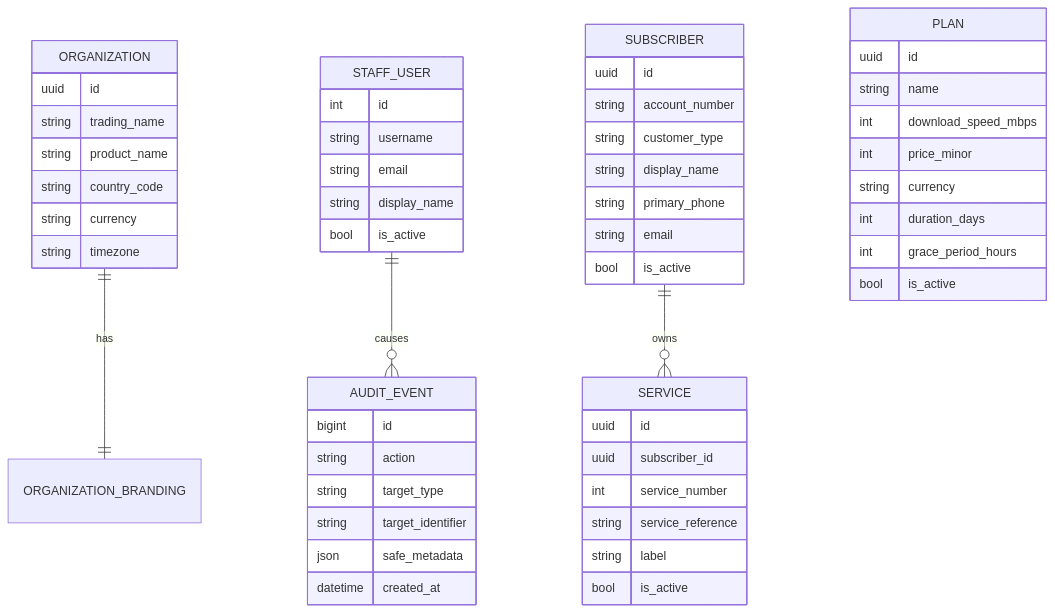
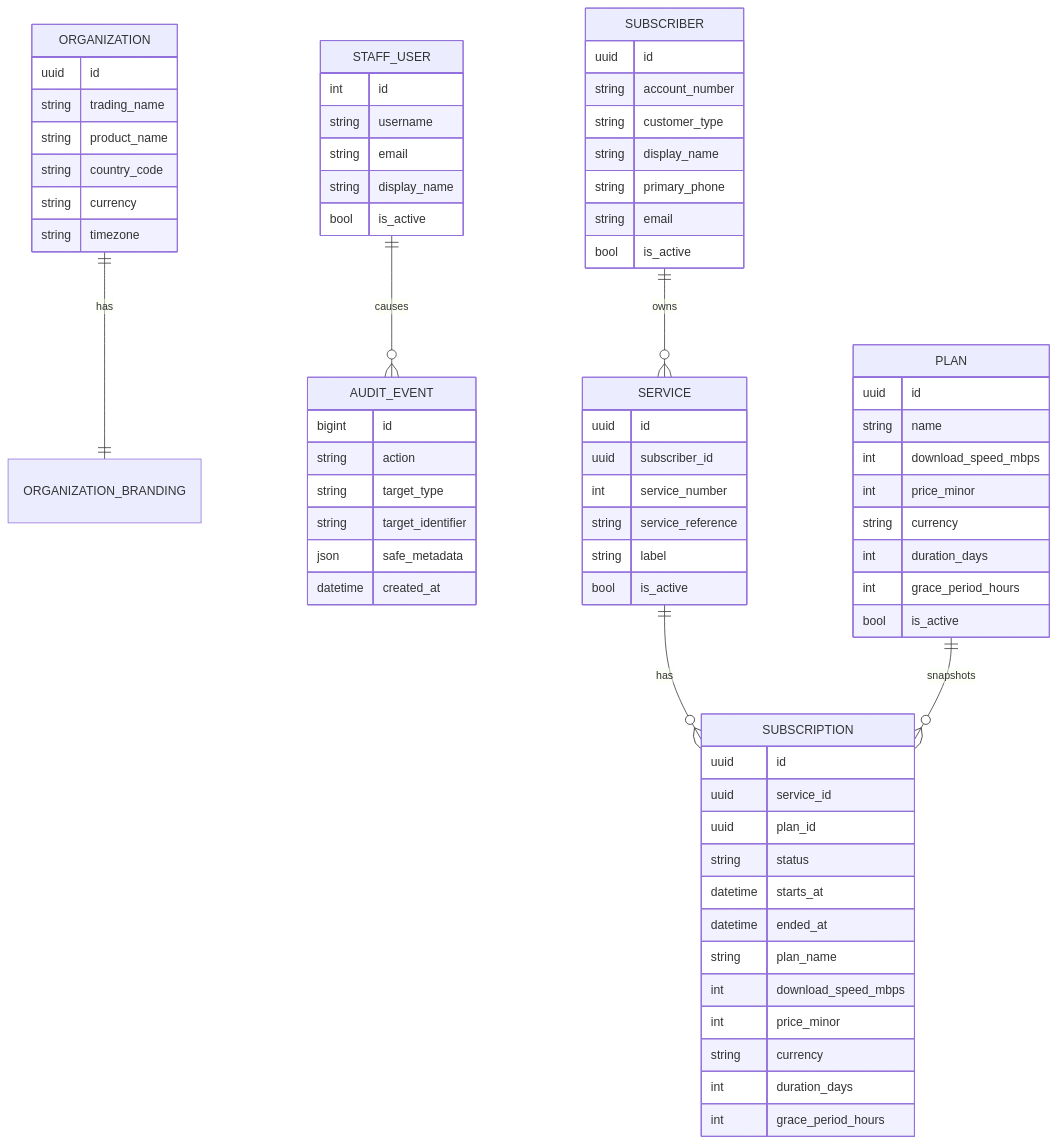
The first of 2 diagrams in docs/architecture/erd.md (wangari327/supersurf-billing-phase0), drawn with Mermaid before and after one commit. The commit also changed other lines of this file and 24 other files, not shown here.

````diff
--- a/docs/architecture/erd.md
+++ b/docs/architecture/erd.md
@@ -7,57 +7,73 @@
 ```mermaid
 erDiagram
     ORGANIZATION ||--|| ORGANIZATION_BRANDING : has
     STAFF_USER ||--o{ AUDIT_EVENT : causes
     SUBSCRIBER ||--o{ SERVICE : owns
+    SERVICE ||--o{ SUBSCRIPTION : has
+    PLAN ||--o{ SUBSCRIPTION : snapshots
 
     ORGANIZATION {
         uuid id
         string trading_name
         string product_name
         string country_code
         string currency
         string timezone
     }
     STAFF_USER {
         int id
         string username
         string email
         string display_name
         bool is_active
     }
     AUDIT_EVENT {
         bigint id
         string action
         string target_type
         string target_identifier
         json safe_metadata
         datetime created_at
     }
     PLAN {
         uuid id
         string name
         int download_speed_mbps
         int price_minor
         string currency
         int duration_days
         int grace_period_hours
         bool is_active
     }
     SUBSCRIBER {
         uuid id
         string account_number
         string customer_type
         string display_name
         string primary_phone
         string email
         bool is_active
     }
     SERVICE {
         uuid id
         uuid subscriber_id
         int service_number
         string service_reference
         string label
         bool is_active
     }
+    SUBSCRIPTION {
+        uuid id
+        uuid service_id
+        uuid plan_id
+        string status
+        datetime starts_at
+        datetime ended_at
+        string plan_name
+        int download_speed_mbps
+        int price_minor
+        string currency
+        int duration_days
+        int grace_period_hours
+    }
 ```
````
